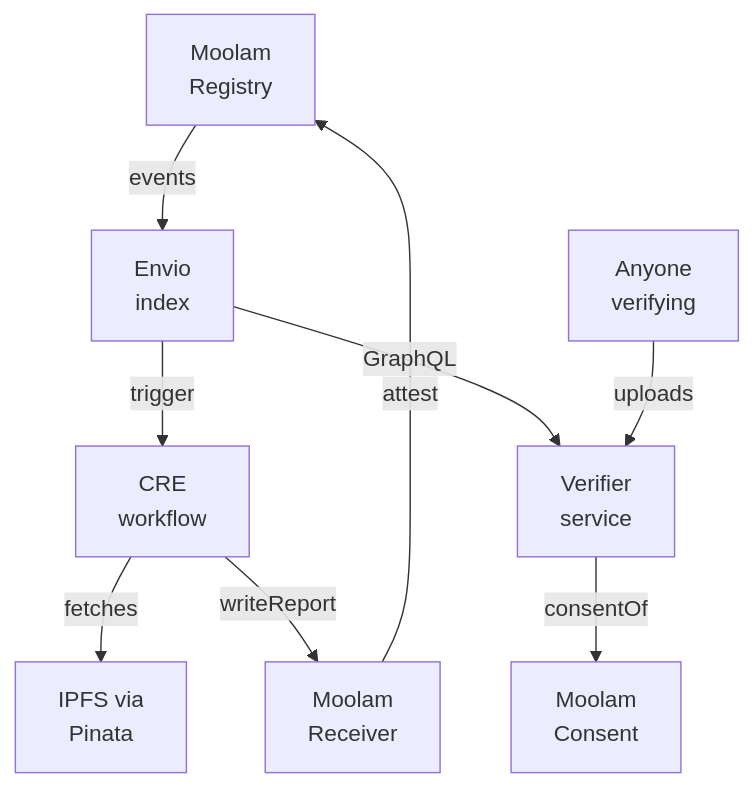
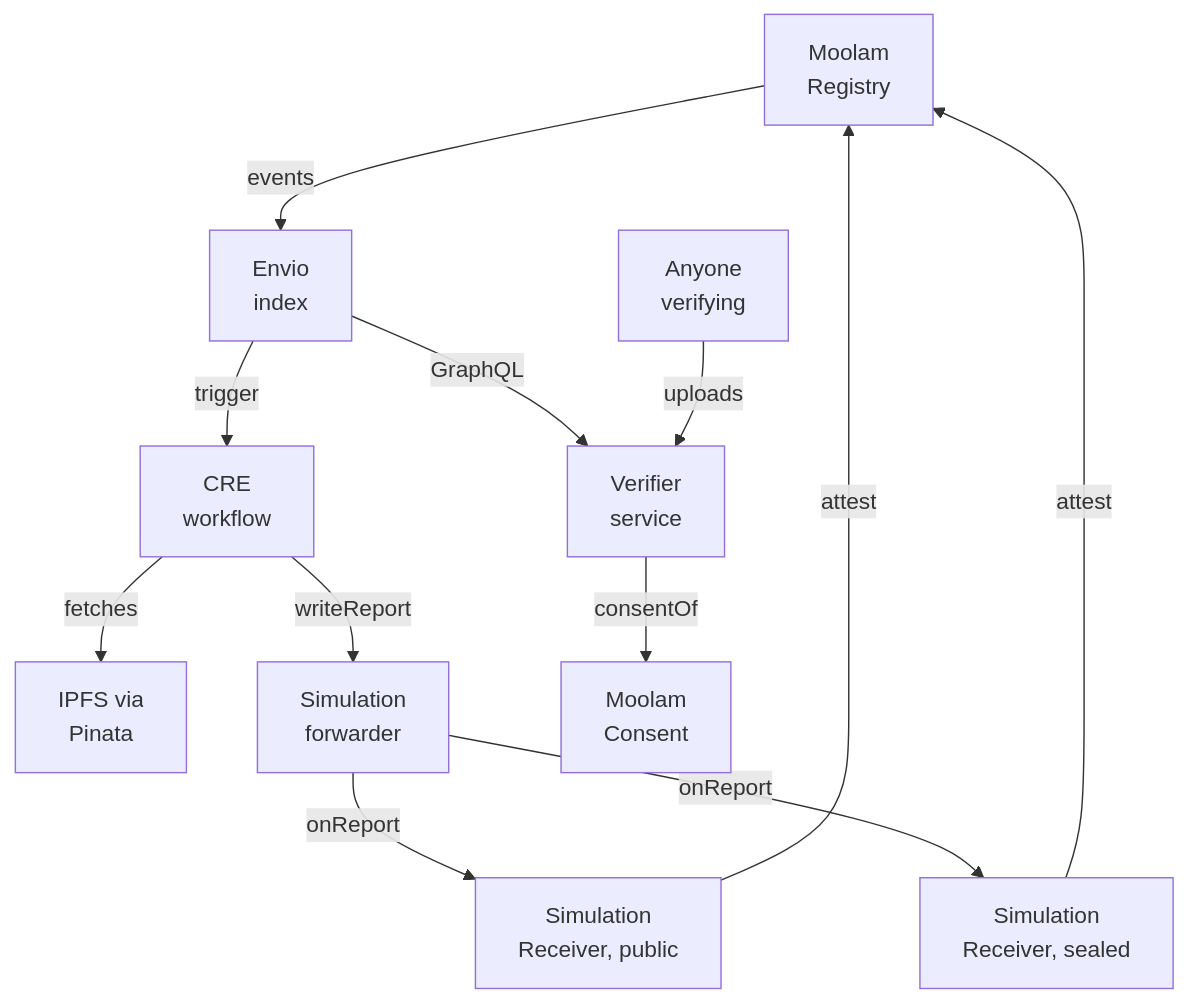
The third of 12 diagrams in docs/developers/architecture.md (ramakrishnanhulk20/Moolam), drawn with Mermaid before and after one commit. The commit also changed other lines of this file and 28 other files, not shown here.

````diff
--- a/docs/developers/architecture.md
+++ b/docs/developers/architecture.md
@@ -77,11 +84,14 @@
 ```mermaid phone "Half two: the independent re-check and the readers, off chain."
 flowchart TD
     R[Moolam<br/>Registry] -- events --> X[Envio<br/>index]
     X -- trigger --> W[CRE<br/>workflow]
     W -- fetches --> F[IPFS via<br/>Pinata]
-    W -- writeReport --> RC[Moolam<br/>Receiver]
+    W -- writeReport --> MF[Simulation<br/>forwarder]
+    MF -- onReport --> RC[Simulation<br/>Receiver, public]
+    MF -- onReport --> RS[Simulation<br/>Receiver, sealed]
     RC -- attest --> R
+    RS -- attest --> R
     X -- GraphQL --> S[Verifier<br/>service]
     S -- consentOf --> MC[Moolam<br/>Consent]
     V[Anyone<br/>verifying] -- uploads --> S
 ```
````
